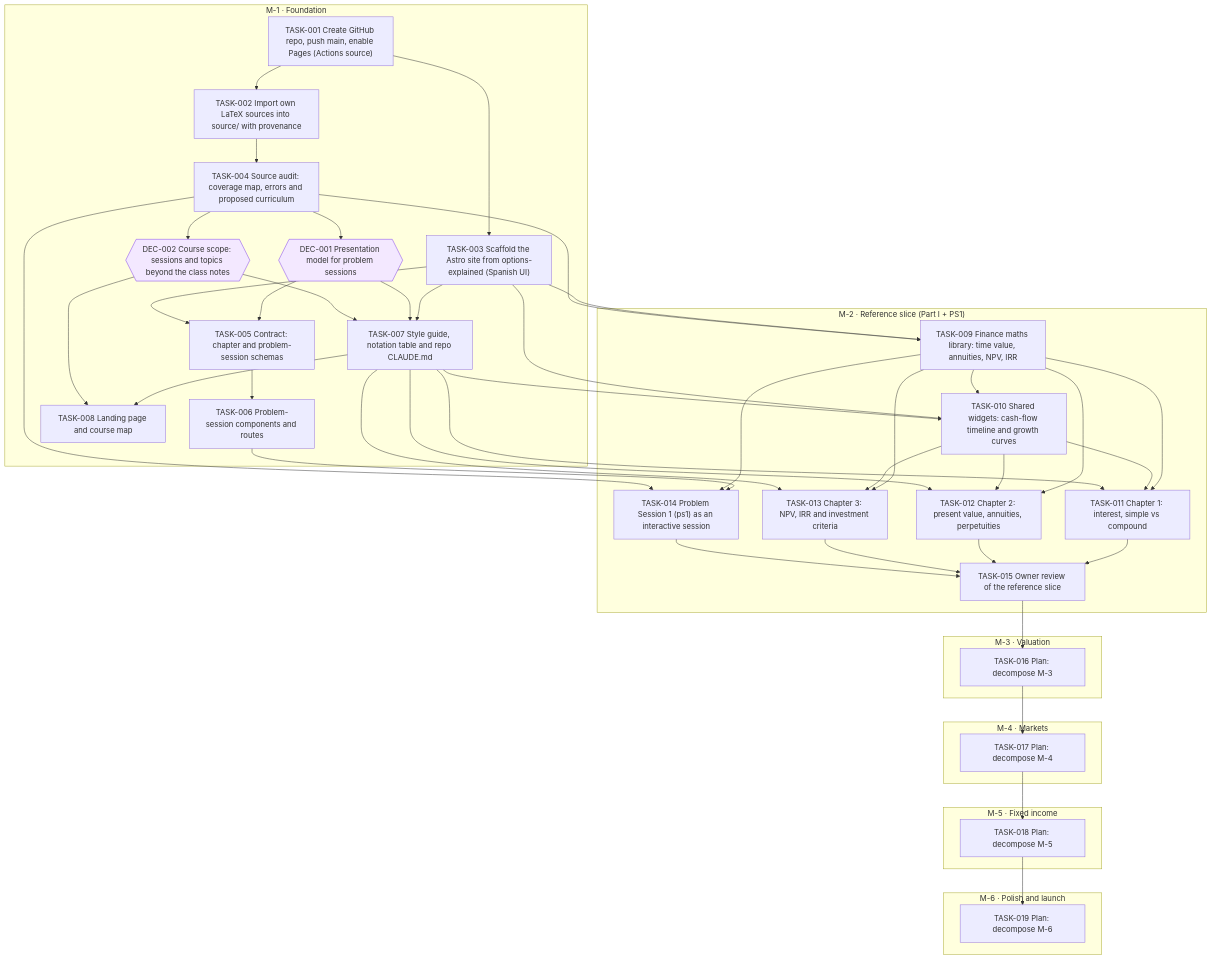
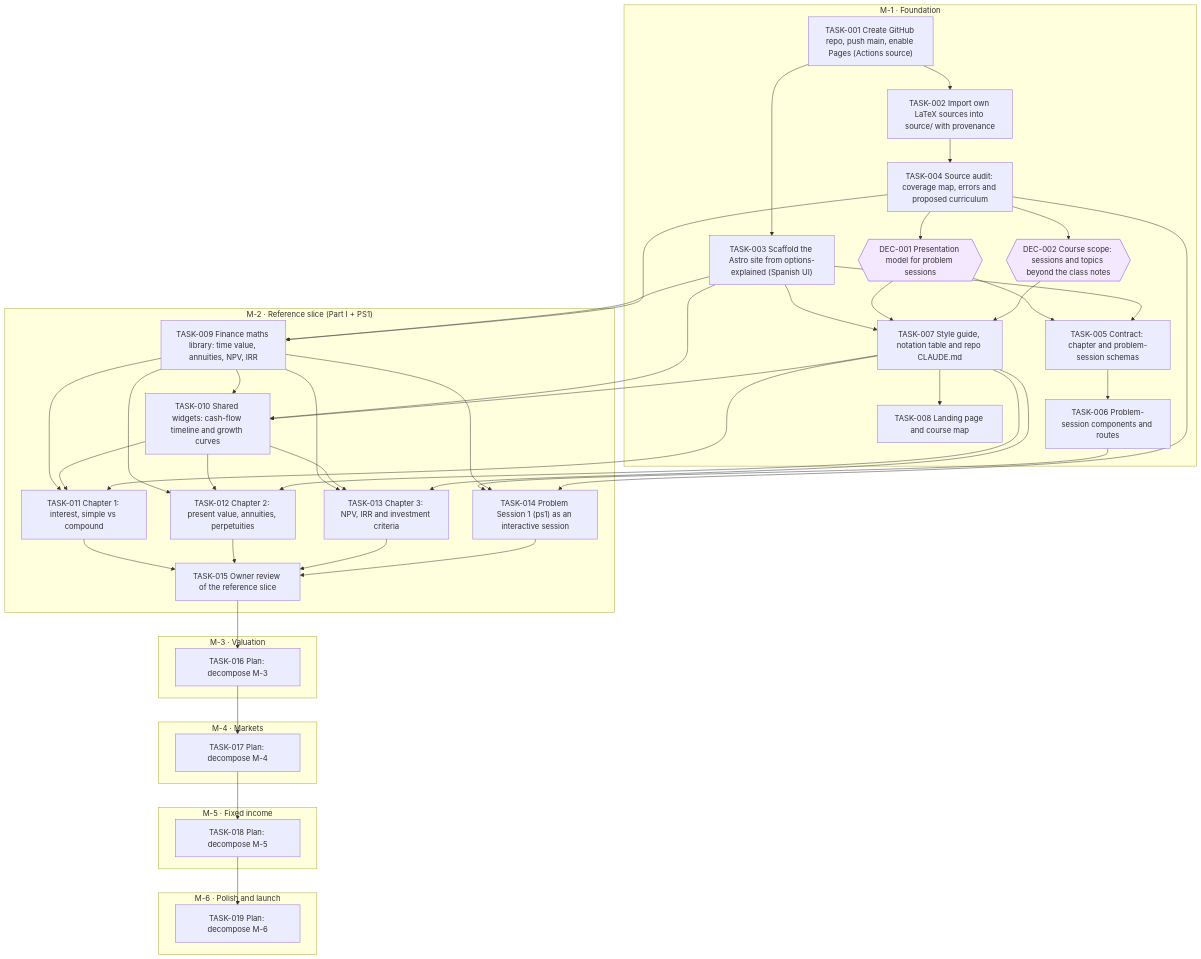
Before and after one commit to jesusvillota/economia-financiera: the diagram in goals/course-site/README.md, drawn with Mermaid. The commit also changed 1 other file, not shown here.

Commit message:
goal(course-site): unlink TASK-008 after DEC-002

````diff
--- a/goals/course-site/README.md
+++ b/goals/course-site/README.md
@@ -19,79 +19,78 @@
 ```mermaid
 flowchart TD
   subgraph M_1["M-1 · Foundation"]
     DEC_001{{"DEC-001 Presentation model for problem sessions"}}
     DEC_002{{"DEC-002 Course scope: sessions and topics beyond the class notes"}}
     TASK_001["TASK-001 Create GitHub repo, push main, enable Pages (Actions source)"]
     TASK_002["TASK-002 Import own LaTeX sources into source/ with provenance"]
     TASK_003["TASK-003 Scaffold the Astro site from options-explained (Spanish UI)"]
     TASK_004["TASK-004 Source audit: coverage map, errors and proposed curriculum"]
     TASK_005["TASK-005 Contract: chapter and problem-session schemas"]
     TASK_006["TASK-006 Problem-session components and routes"]
     TASK_007["TASK-007 Style guide, notation table and repo CLAUDE.md"]
     TASK_008["TASK-008 Landing page and course map"]
   end
   subgraph M_2["M-2 · Reference slice (Part I + PS1)"]
     TASK_009["TASK-009 Finance maths library: time value, annuities, NPV, IRR"]
     TASK_010["TASK-010 Shared widgets: cash-flow timeline and growth curves"]
     TASK_011["TASK-011 Chapter 1: interest, simple vs compound"]
     TASK_012["TASK-012 Chapter 2: present value, annuities, perpetuities"]
     TASK_013["TASK-013 Chapter 3: NPV, IRR and investment criteria"]
     TASK_014["TASK-014 Problem Session 1 (ps1) as an interactive session"]
     TASK_015["TASK-015 Owner review of the reference slice"]
   end
   subgraph M_3["M-3 · Valuation"]
     TASK_016["TASK-016 Plan: decompose M-3"]
   end
   subgraph M_4["M-4 · Markets"]
     TASK_017["TASK-017 Plan: decompose M-4"]
   end
   subgraph M_5["M-5 · Fixed income"]
     TASK_018["TASK-018 Plan: decompose M-5"]
   end
   subgraph M_6["M-6 · Polish and launch"]
     TASK_019["TASK-019 Plan: decompose M-6"]
   end
   TASK_004 --> DEC_001
   TASK_004 --> DEC_002
   TASK_001 --> TASK_002
   TASK_001 --> TASK_003
   TASK_002 --> TASK_004
   DEC_001 --> TASK_005
   TASK_003 --> TASK_005
   TASK_005 --> TASK_006
   TASK_003 --> TASK_007
   DEC_001 --> TASK_007
   DEC_002 --> TASK_007
   TASK_007 --> TASK_008
-  DEC_002 --> TASK_008
   TASK_003 --> TASK_009
   TASK_004 --> TASK_009
   TASK_003 --> TASK_010
   TASK_007 --> TASK_010
   TASK_009 --> TASK_010
   TASK_009 --> TASK_011
   TASK_010 --> TASK_011
   TASK_007 --> TASK_011
   TASK_009 --> TASK_012
   TASK_010 --> TASK_012
   TASK_007 --> TASK_012
   TASK_009 --> TASK_013
   TASK_010 --> TASK_013
   TASK_007 --> TASK_013
   TASK_006 --> TASK_014
   TASK_009 --> TASK_014
   TASK_004 --> TASK_014
   TASK_011 --> TASK_015
   TASK_012 --> TASK_015
   TASK_013 --> TASK_015
   TASK_014 --> TASK_015
   TASK_015 --> TASK_016
   TASK_016 --> TASK_017
   TASK_017 --> TASK_018
   TASK_018 --> TASK_019
   classDef draft stroke-dasharray: 4 3
   classDef cancelled opacity:0.45
   classDef decision fill:#f3e8ff,stroke:#7c3aed
   class DEC_001 decision
   class DEC_002 decision
 ```
````
